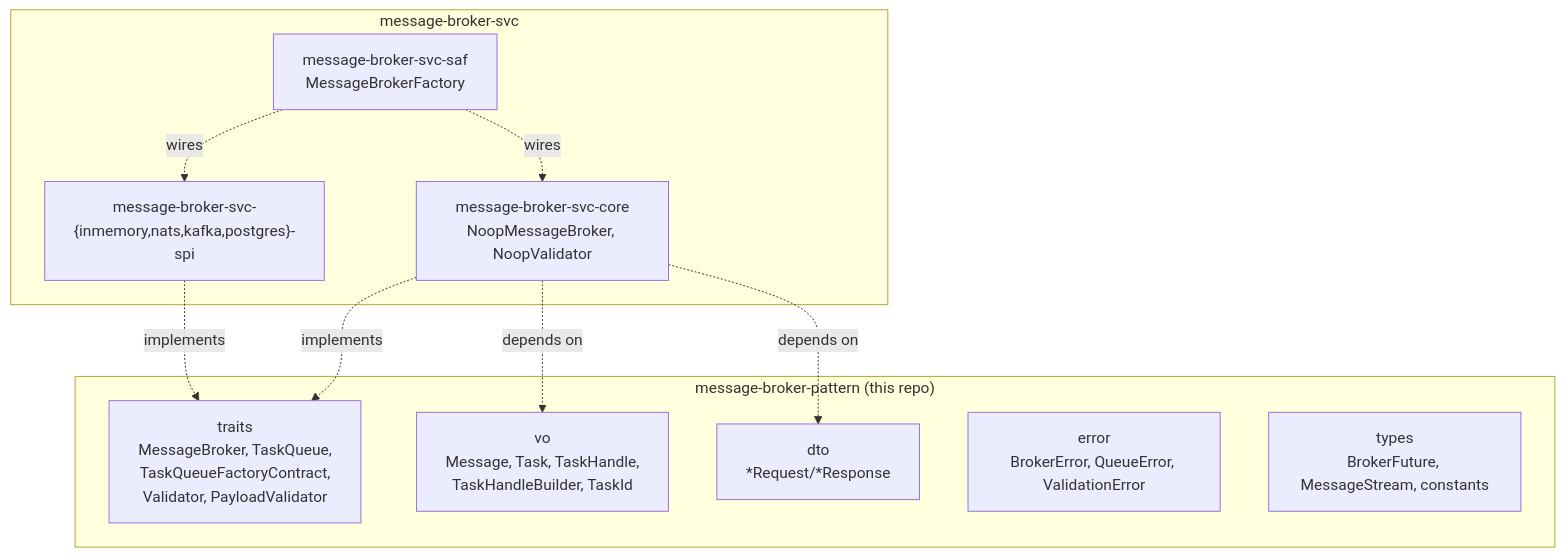
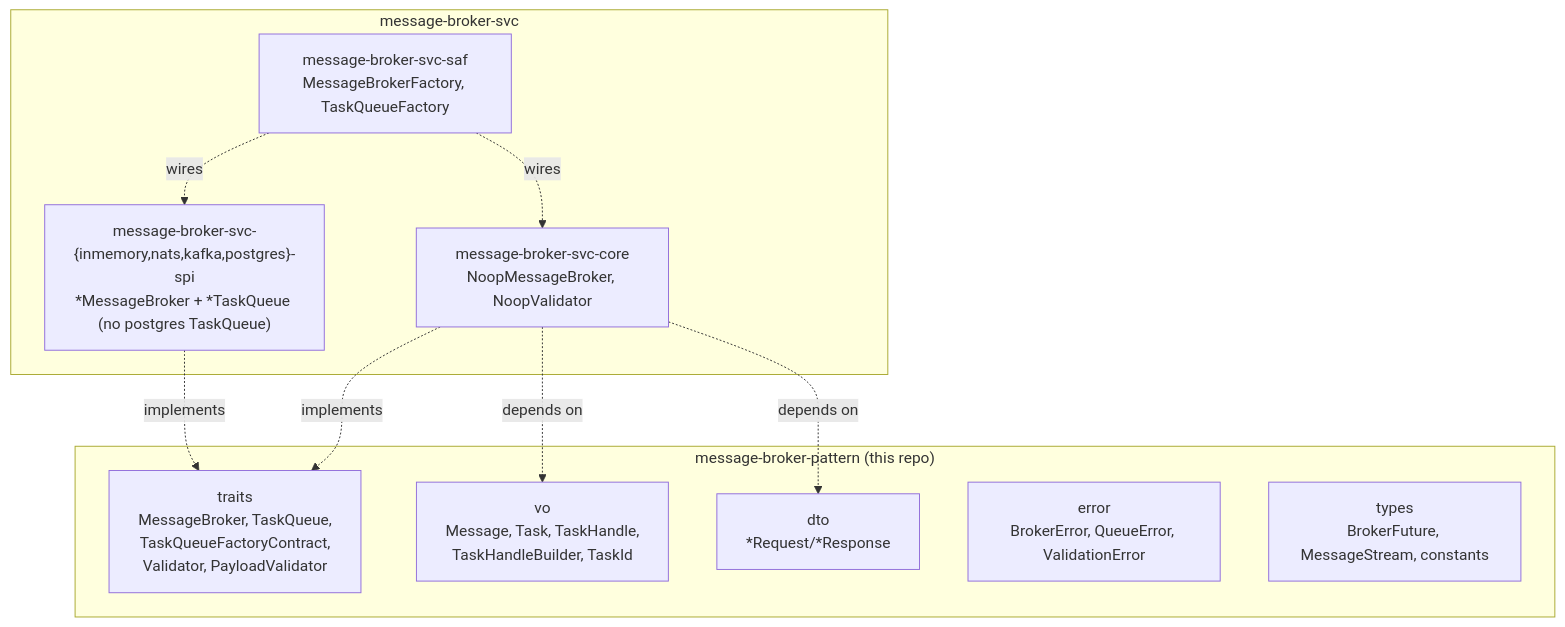
Before and after one commit to sweengineeringlabs/message-broker-pattern: the diagram in docs/3-design/architecture.md, drawn with Mermaid. The commit also changed other lines of this file, not shown here.

First line of the commit message:
docs(architecture): TaskQueue is now implemented in message-broker-svc

````diff
--- a/docs/3-design/architecture.md
+++ b/docs/3-design/architecture.md
@@ -37,23 +37,23 @@
 ```mermaid
 flowchart TD
     subgraph pattern["message-broker-pattern (this repo)"]
         traits["traits<br/>MessageBroker, TaskQueue,<br/>TaskQueueFactoryContract,<br/>Validator, PayloadValidator"]
         vo["vo<br/>Message, Task, TaskHandle,<br/>TaskHandleBuilder, TaskId"]
         dto["dto<br/>*Request/*Response"]
         error["error<br/>BrokerError, QueueError, ValidationError"]
         types["types<br/>BrokerFuture, MessageStream, constants"]
     end
 
     subgraph svc["message-broker-svc"]
         core["message-broker-svc-core<br/>NoopMessageBroker, NoopValidator"]
-        spi["message-broker-svc-{inmemory,nats,kafka,postgres}-spi"]
-        saf["message-broker-svc-saf<br/>MessageBrokerFactory"]
+        spi["message-broker-svc-{inmemory,nats,kafka,postgres}-spi<br/>*MessageBroker + *TaskQueue (no postgres TaskQueue)"]
+        saf["message-broker-svc-saf<br/>MessageBrokerFactory, TaskQueueFactory"]
     end
 
     core -.->|implements| traits
     spi -.->|implements| traits
     core -.->|depends on| vo
     core -.->|depends on| dto
     saf -.->|wires| core
     saf -.->|wires| spi
 ```
````
